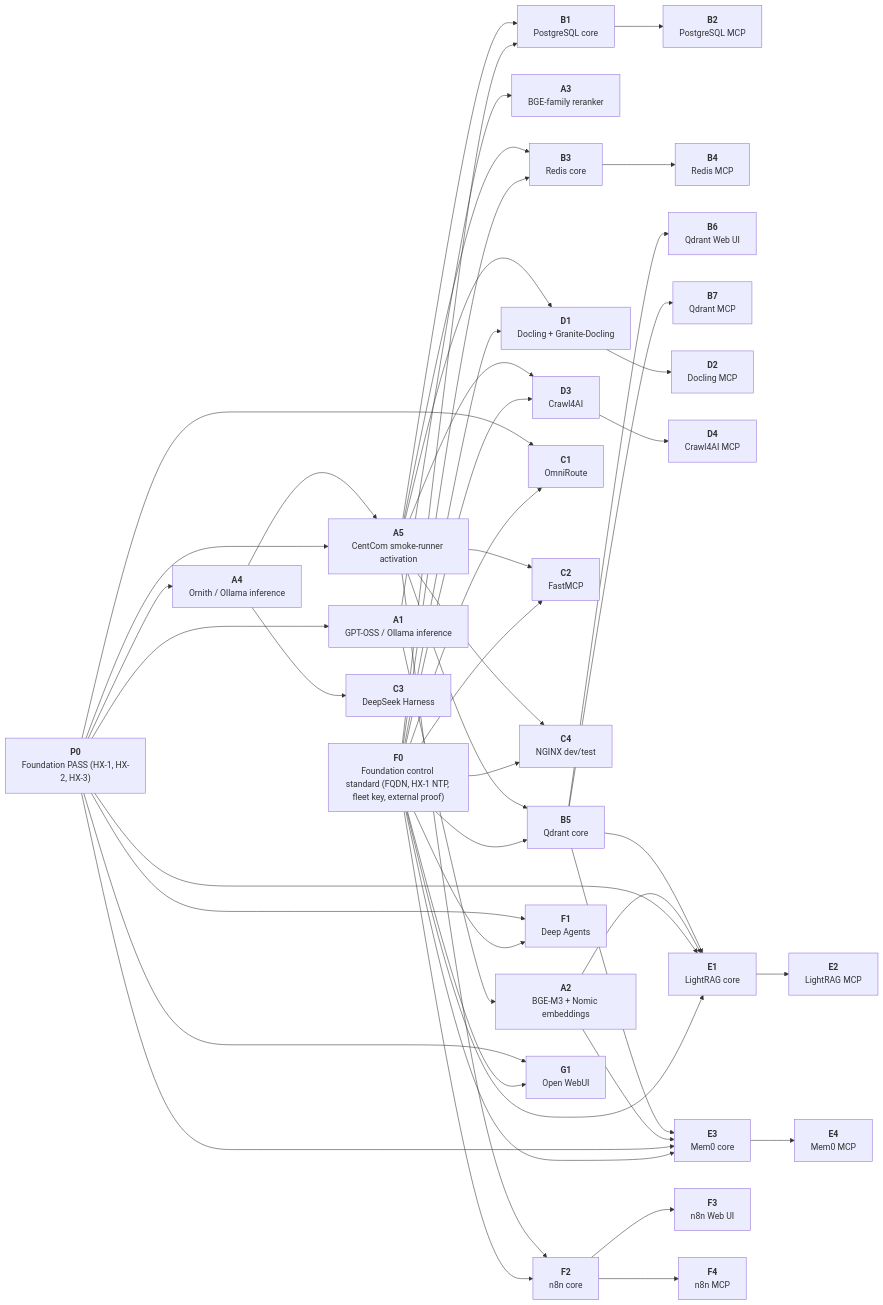
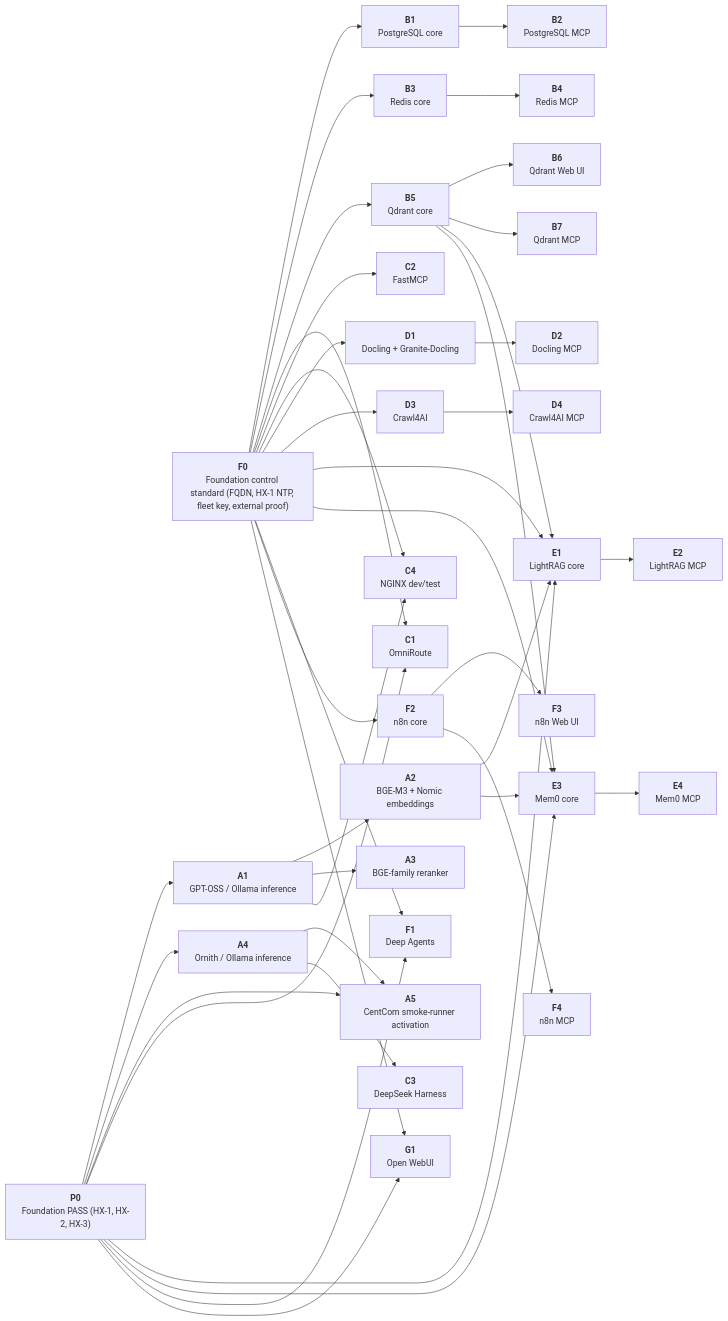
Before and after one commit to HX-Infratstructure/HX-Eco-System: the diagram in docs/00-control/HX-ECO-SYSTEM-SMOKE-TEST-ROADMAP.md, drawn with Mermaid. The commit also changed other lines of this file and 9 other files, not shown here.

````diff
--- a/docs/00-control/HX-ECO-SYSTEM-SMOKE-TEST-ROADMAP.md
+++ b/docs/00-control/HX-ECO-SYSTEM-SMOKE-TEST-ROADMAP.md
@@ -231,82 +231,75 @@
 ```mermaid
 flowchart LR
     P0["<b>P0</b><br/>Foundation PASS (HX-1, HX-2, HX-3)"]
     F0["<b>F0</b><br/>Foundation control standard (FQDN, HX-1 NTP, fleet key, external proof)"]
     A1["<b>A1</b><br/>GPT-OSS / Ollama inference"]
     A2["<b>A2</b><br/>BGE-M3 + Nomic embeddings"]
     A3["<b>A3</b><br/>BGE-family reranker"]
     A4["<b>A4</b><br/>Ornith / Ollama inference"]
     A5["<b>A5</b><br/>CentCom smoke-runner activation"]
     B1["<b>B1</b><br/>PostgreSQL core"]
     B2["<b>B2</b><br/>PostgreSQL MCP"]
     B3["<b>B3</b><br/>Redis core"]
     B4["<b>B4</b><br/>Redis MCP"]
     B5["<b>B5</b><br/>Qdrant core"]
     B6["<b>B6</b><br/>Qdrant Web UI"]
     B7["<b>B7</b><br/>Qdrant MCP"]
     C1["<b>C1</b><br/>OmniRoute"]
     C2["<b>C2</b><br/>FastMCP"]
     C3["<b>C3</b><br/>DeepSeek Harness"]
     C4["<b>C4</b><br/>NGINX dev/test"]
     D1["<b>D1</b><br/>Docling + Granite-Docling"]
     D2["<b>D2</b><br/>Docling MCP"]
     D3["<b>D3</b><br/>Crawl4AI"]
     D4["<b>D4</b><br/>Crawl4AI MCP"]
     E1["<b>E1</b><br/>LightRAG core"]
     E2["<b>E2</b><br/>LightRAG MCP"]
     E3["<b>E3</b><br/>Mem0 core"]
     E4["<b>E4</b><br/>Mem0 MCP"]
     F1["<b>F1</b><br/>Deep Agents"]
     F2["<b>F2</b><br/>n8n core"]
     F3["<b>F3</b><br/>n8n Web UI"]
     F4["<b>F4</b><br/>n8n MCP"]
     G1["<b>G1</b><br/>Open WebUI"]
 
     P0 --> A1
     A1 --> A2
     A1 --> A3
     P0 --> A4
     A4 --> A5
     P0 --> A5
-    A5 --> B1
     F0 --> B1
     B1 --> B2
-    A5 --> B3
     F0 --> B3
     B3 --> B4
-    A5 --> B5
     F0 --> B5
     B5 --> B6
     B5 --> B7
     P0 --> C1
     F0 --> C1
-    A5 --> C2
     F0 --> C2
     A4 --> C3
-    A5 --> C4
+    A1 --> C4
     F0 --> C4
-    A5 --> D1
     F0 --> D1
     D1 --> D2
-    A5 --> D3
     F0 --> D3
     D3 --> D4
     B5 --> E1
     A2 --> E1
     P0 --> E1
     F0 --> E1
     E1 --> E2
     B5 --> E3
     A2 --> E3
     P0 --> E3
     F0 --> E3
     E3 --> E4
     P0 --> F1
     F0 --> F1
-    A5 --> F2
     F0 --> F2
     F2 --> F3
     F2 --> F4
     P0 --> G1
     F0 --> G1
 ```
````
